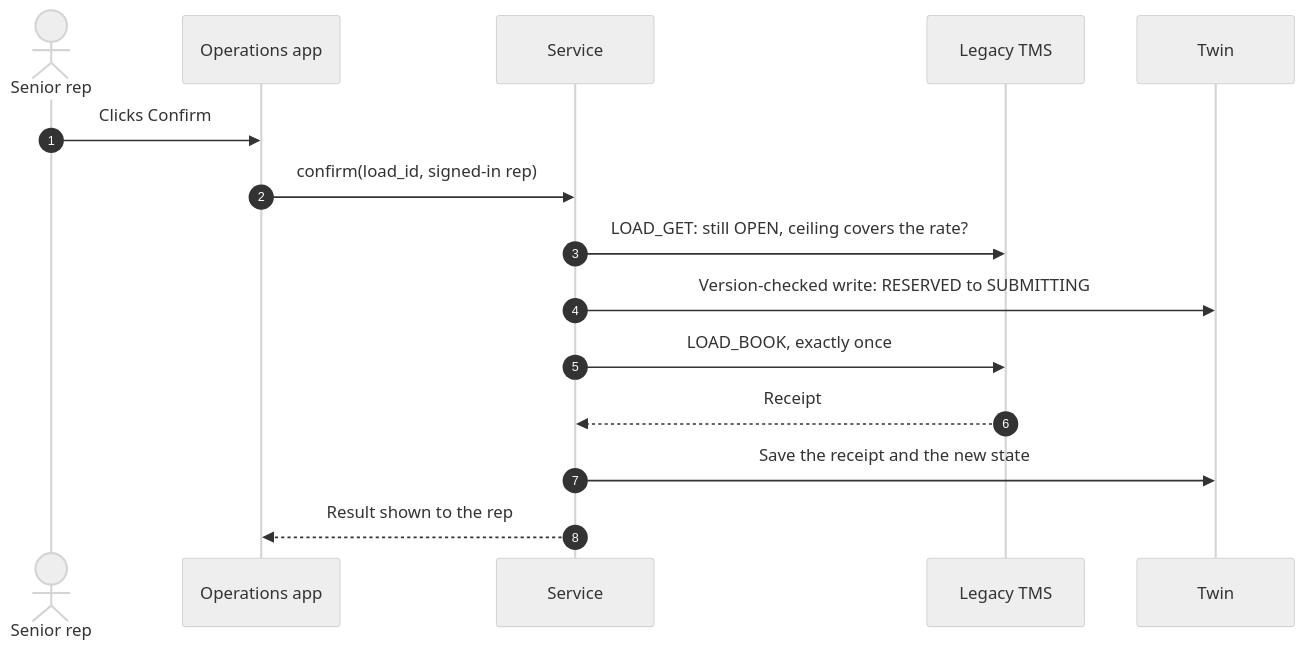
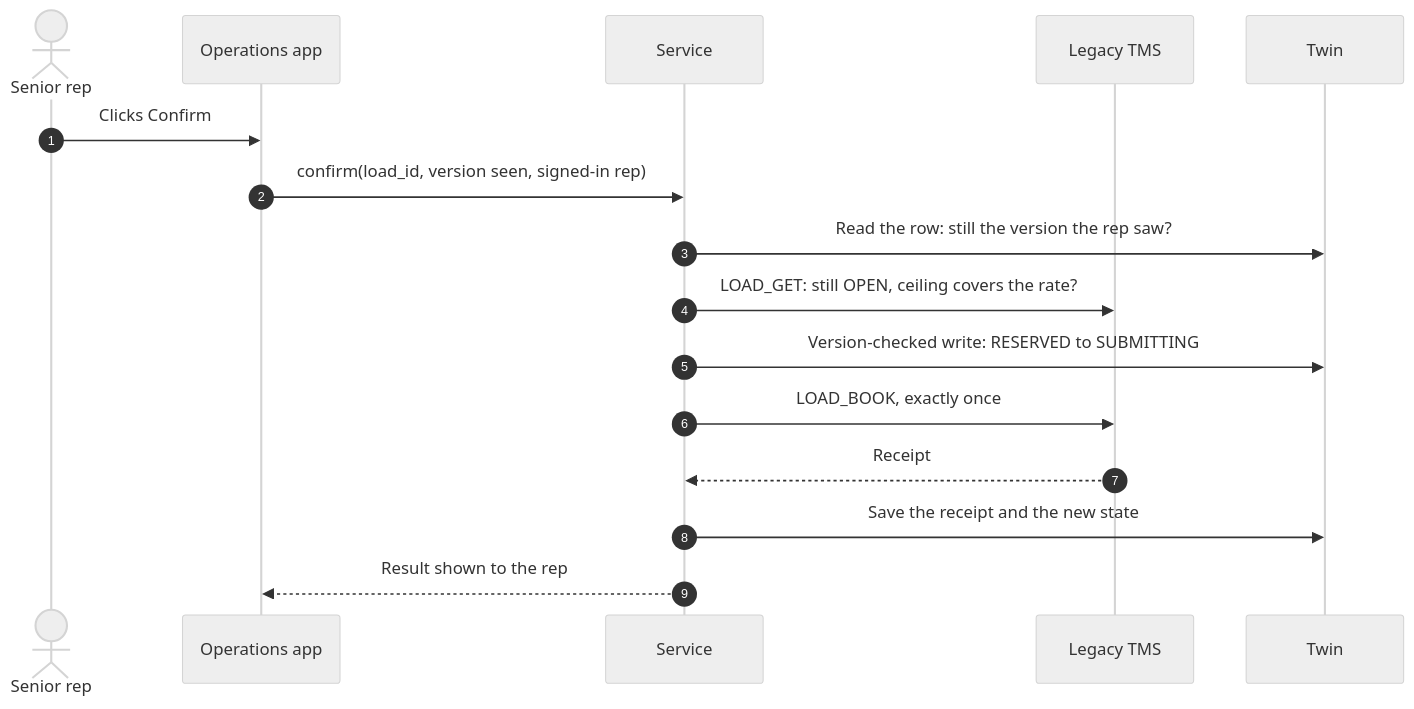
The third of 4 diagrams in ARCHITECTURE.md (sgon0181/happyrobot-inbound-carrier-sales), drawn with Mermaid (neutral theme) before and after one commit. The commit also changed other lines of this file and 2 other files, not shown here.

First line of the commit message:
docs: correct the two design rules and add a rep version check

````diff
--- a/ARCHITECTURE.md
+++ b/ARCHITECTURE.md
@@ -129,18 +129,19 @@
 ```mermaid
 sequenceDiagram
     autonumber
     actor R as Senior rep
     participant P as Operations app
     participant S as Service
     participant T as Legacy TMS
     participant D as Twin
 
     R->>P: Clicks Confirm
-    P->>S: confirm(load_id, signed-in rep)
+    P->>S: confirm(load_id, version seen, signed-in rep)
+    S->>D: Read the row: still the version the rep saw?
     S->>T: LOAD_GET: still OPEN, ceiling covers the rate?
     S->>D: Version-checked write: RESERVED to SUBMITTING
     S->>T: LOAD_BOOK, exactly once
     T-->>S: Receipt
     S->>D: Save the receipt and the new state
     S-->>P: Result shown to the rep
 ```
````
